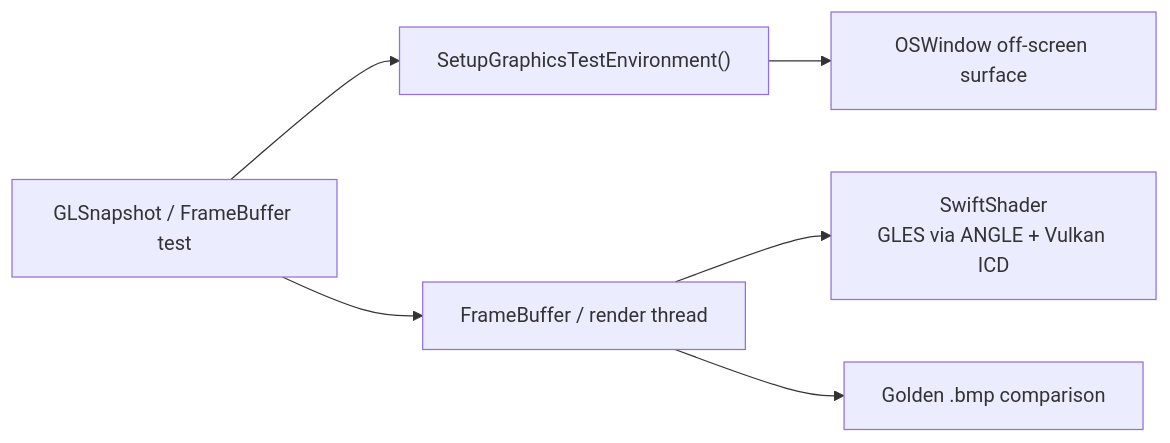
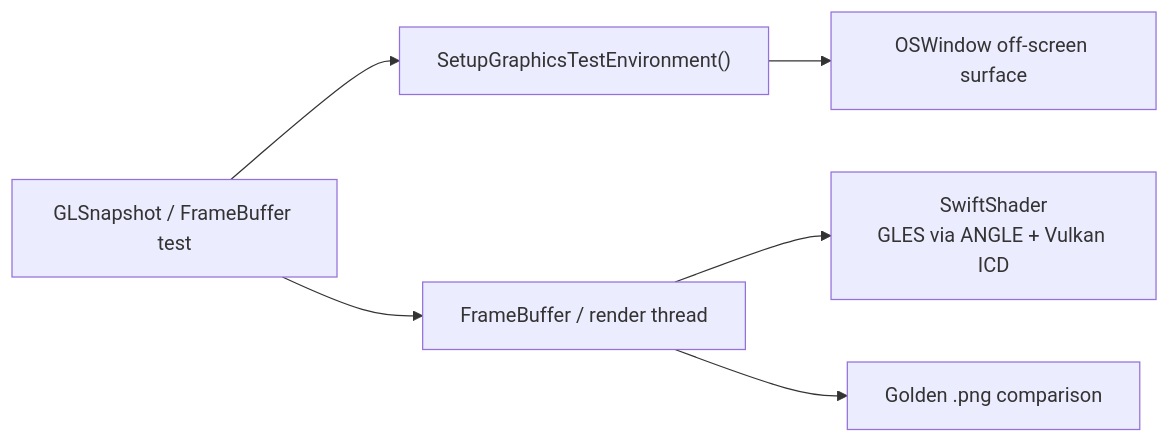
One commit to aospbooks/android-emulator-internal-book changed the fifth of 8 diagrams in 27-testing.md. Above: the diagram before and after it, drawn with Mermaid. The commit also changed other lines of this file and 21 other files, not shown here.

First line of the commit message:
Review pass: verify accuracy, fix mermaid parse error, converge chapters

````diff
--- a/27-testing.md
+++ b/27-testing.md
@@ -333,14 +334,14 @@
 ```mermaid
 flowchart LR
   T["GLSnapshot / FrameBuffer test"]
   ENV["SetupGraphicsTestEnvironment()"]
   OSW["OSWindow off-screen surface"]
   FB["FrameBuffer / render thread"]
   SW["SwiftShader<br/>GLES via ANGLE + Vulkan ICD"]
-  GOLD["Golden .bmp comparison"]
+  GOLD["Golden .png comparison"]
   T --> ENV
   ENV --> OSW
   T --> FB
   FB --> SW
   FB --> GOLD
 ```
````
